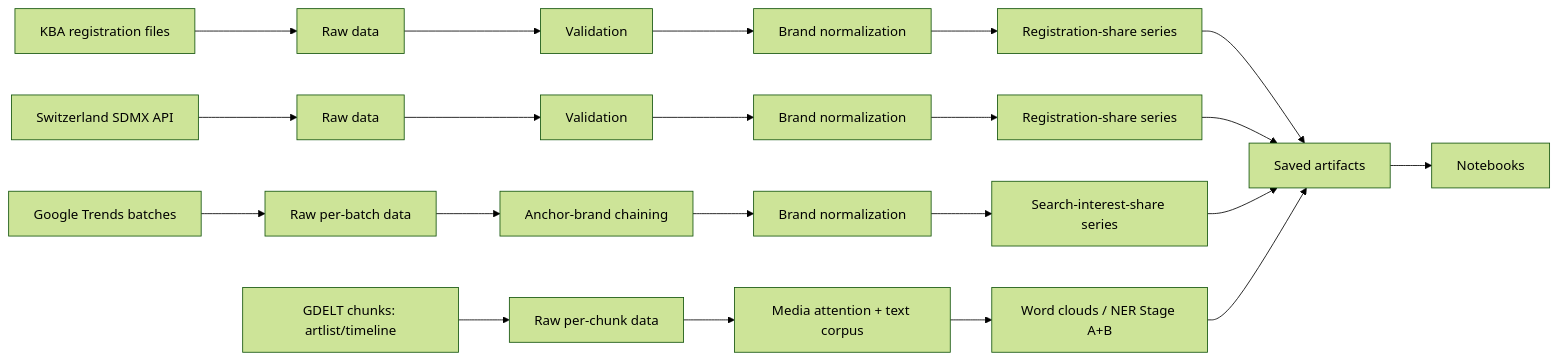
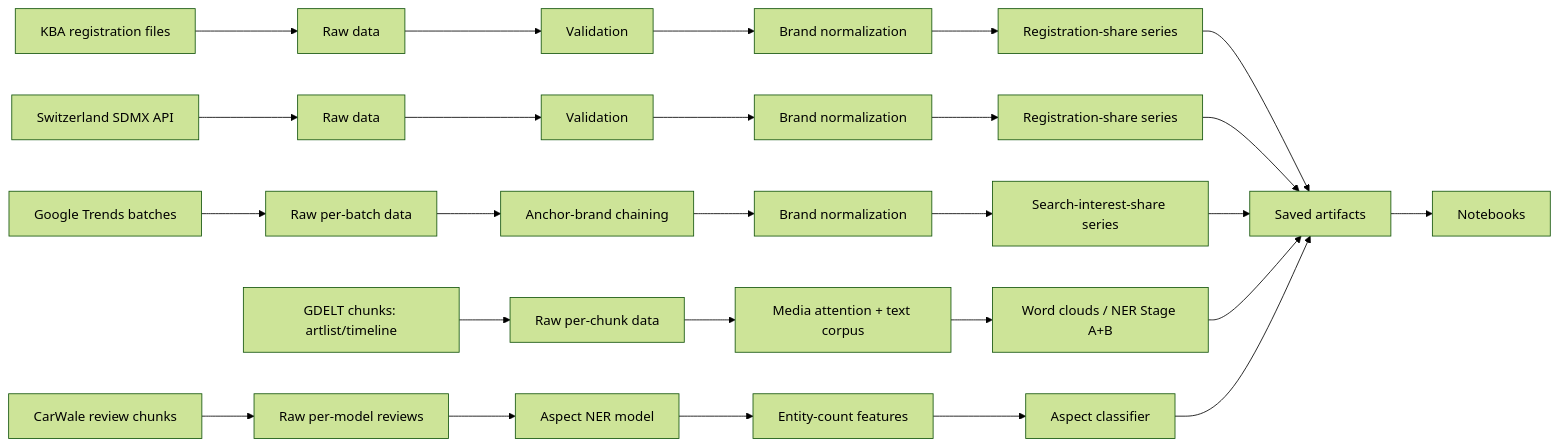
One commit to ia13400/NLP_German_vs_Chinese_Cars changed the diagram in README.md. Above: the diagram before and after it, drawn with Mermaid (forest theme). The commit also changed other lines of this file and 37 other files, not shown here.

````diff
--- a/README.md
+++ b/README.md
@@ -401,27 +487,33 @@
 ```mermaid
 flowchart LR
     A1[KBA registration files] --> B1[Raw data]
     B1 --> C1[Validation]
     C1 --> D1[Brand normalization]
     D1 --> E1[Registration-share series]
     E1 --> F[Saved artifacts]
 
     A2[Switzerland SDMX API] --> B2[Raw data]
     B2 --> C2[Validation]
     C2 --> D2[Brand normalization]
     D2 --> E2[Registration-share series]
     E2 --> F
 
     A3[Google Trends batches] --> B3[Raw per-batch data]
     B3 --> C3[Anchor-brand chaining]
     C3 --> D3[Brand normalization]
     D3 --> E3[Search-interest-share series]
     E3 --> F
 
     A4[GDELT chunks: artlist/timeline] --> B4[Raw per-chunk data]
     B4 --> C4[Media attention + text corpus]
     C4 --> D4[Word clouds / NER Stage A+B]
     D4 --> F
 
+    A5[CarWale review chunks] --> B5[Raw per-model reviews]
+    B5 --> C5[Aspect NER model]
+    C5 --> D5[Entity-count features]
+    D5 --> E5[Aspect classifier]
+    E5 --> F
+
     F --> G[Notebooks]
 ```
````
